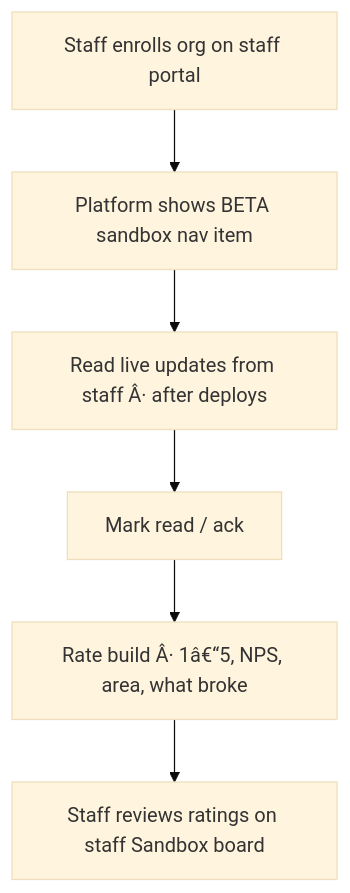
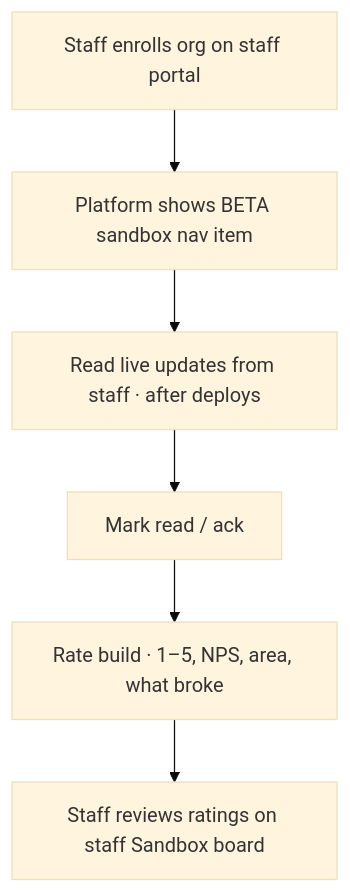
The diagram in docs/how-to/platform/13-sandbox-feedback.md (Phantom-Fort/Phantix-Frontend), drawn with Mermaid (base theme) before and after one commit. The commit also changed other lines of this file and 100 other files, not shown here.

````diff
--- a/docs/how-to/platform/13-sandbox-feedback.md
+++ b/docs/how-to/platform/13-sandbox-feedback.md
@@ -10,8 +10,8 @@
 ```mermaid
 flowchart TD
   A[Staff enrolls org on staff portal] --> B[Platform shows BETA sandbox nav item]
-  B --> C[Read live updates from staff Â· after deploys]
+  B --> C[Read live updates from staff · after deploys]
   C --> D[Mark read / ack]
-  D --> E[Rate build Â· 1â€“5, NPS, area, what broke]
+  D --> E[Rate build · 1–5, NPS, area, what broke]
   E --> F[Staff reviews ratings on staff Sandbox board]
 ```
````
